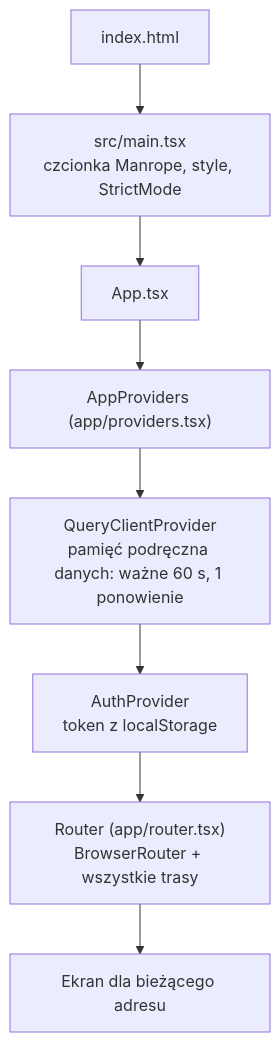
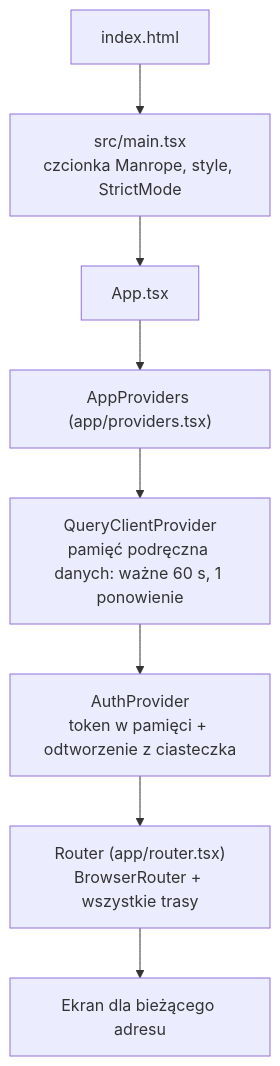
One commit to YellowHand/tutlaw-frontend changed the first of 2 diagrams in docs/01-architektura.md. Above: the diagram before and after it, drawn with Mermaid. The commit also changed other lines of this file and 18 other files, not shown here.

````diff
--- a/docs/01-architektura.md
+++ b/docs/01-architektura.md
@@ -98,10 +98,10 @@
 ```mermaid
 flowchart TD
     A["index.html"] --> B["src/main.tsx<br/>czcionka Manrope, style, StrictMode"]
     B --> C["App.tsx"]
     C --> D["AppProviders (app/providers.tsx)"]
     D --> E["QueryClientProvider<br/>pamięć podręczna danych: ważne 60 s, 1 ponowienie"]
-    E --> F["AuthProvider<br/>token z localStorage"]
+    E --> F["AuthProvider<br/>token w pamięci + odtworzenie z ciasteczka"]
     F --> G["Router (app/router.tsx)<br/>BrowserRouter + wszystkie trasy"]
     G --> H["Ekran dla bieżącego adresu"]
 ```
````
